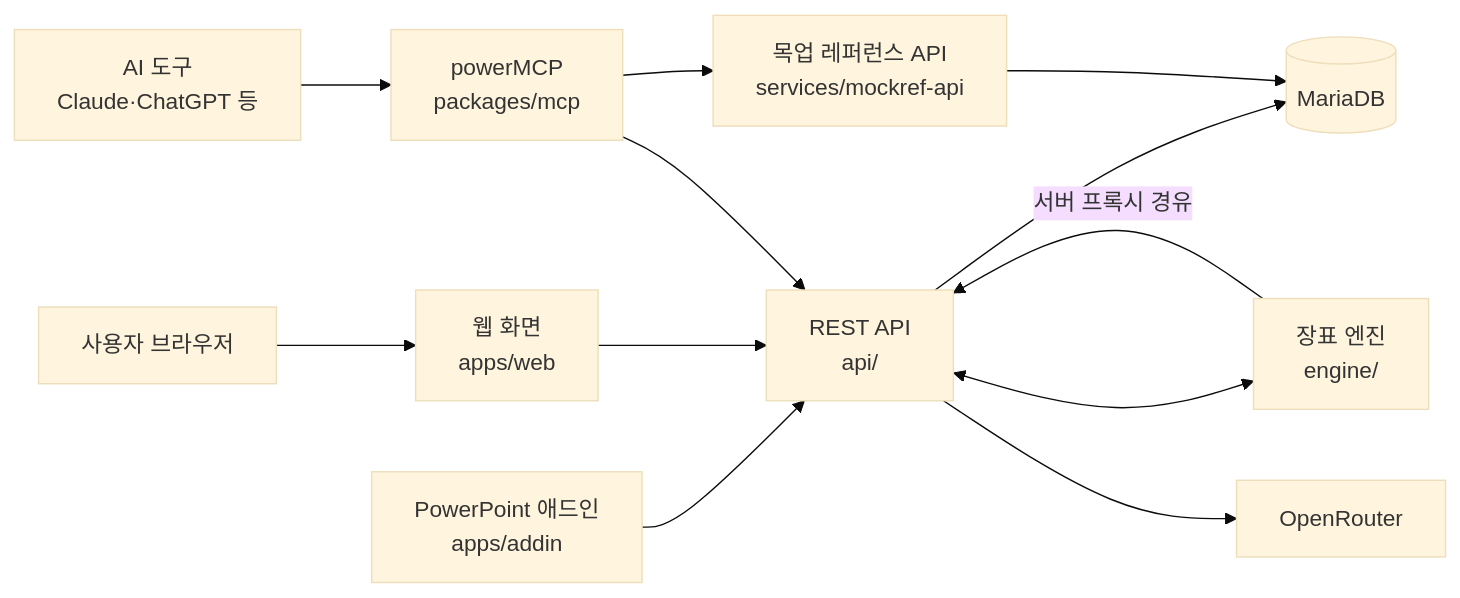
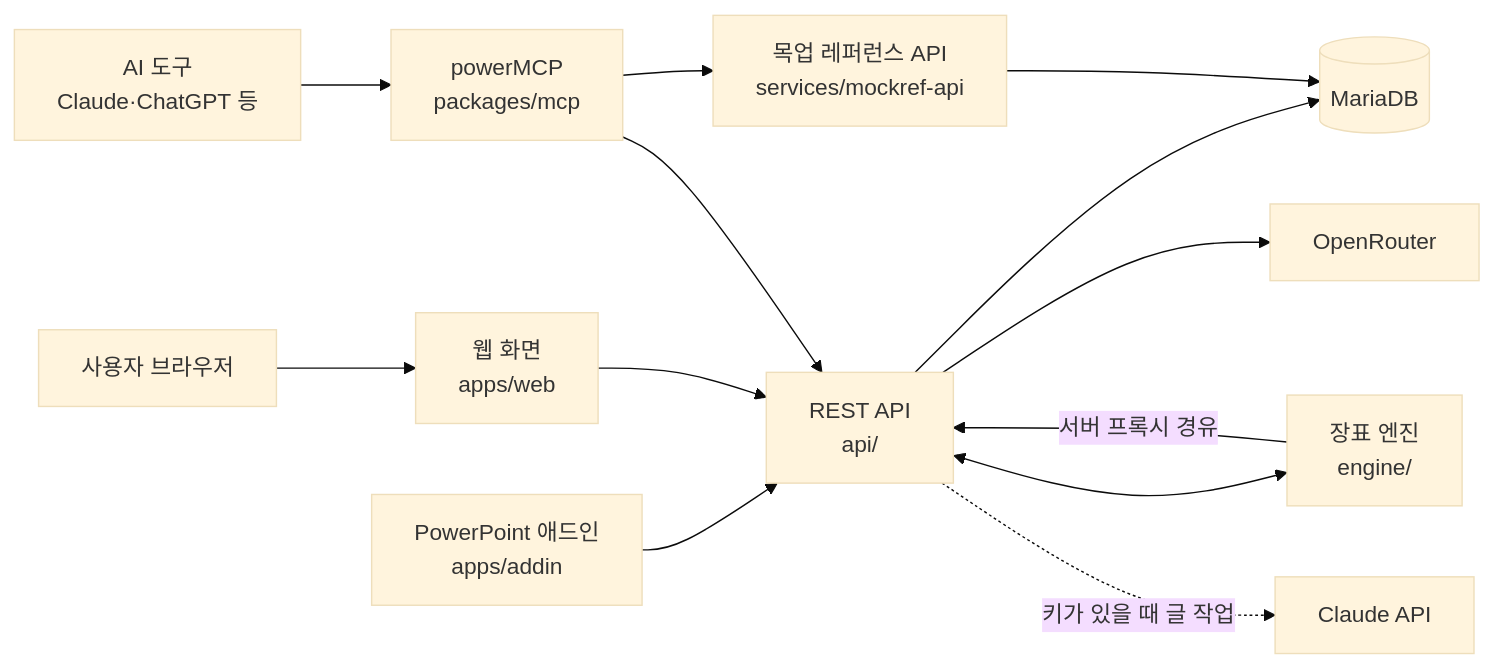
Before and after one commit to homebox78/powerplus-platform-public: the fifth of 5 diagrams in README.md, drawn with Mermaid (base theme). The commit also changed other lines of this file and 60 other files, not shown here.

````diff
--- a/README.md
+++ b/README.md
@@ -428,14 +451,15 @@
 ```mermaid
 flowchart LR
   U[사용자 브라우저] --> W[웹 화면<br/>apps/web]
   P[PowerPoint 애드인<br/>apps/addin] --> A
   AI[AI 도구<br/>Claude·ChatGPT 등] --> M[powerMCP<br/>packages/mcp]
   W --> A[REST API<br/>api/]
   M --> A
   M --> R[목업 레퍼런스 API<br/>services/mockref-api]
   A --> D[(MariaDB)]
   R --> D
   A <--> E[장표 엔진<br/>engine/]
   A --> O[OpenRouter]
+  A -.->|키가 있을 때 글 작업| CL[Claude API]
   E -->|서버 프록시 경유| A
 ```
````
